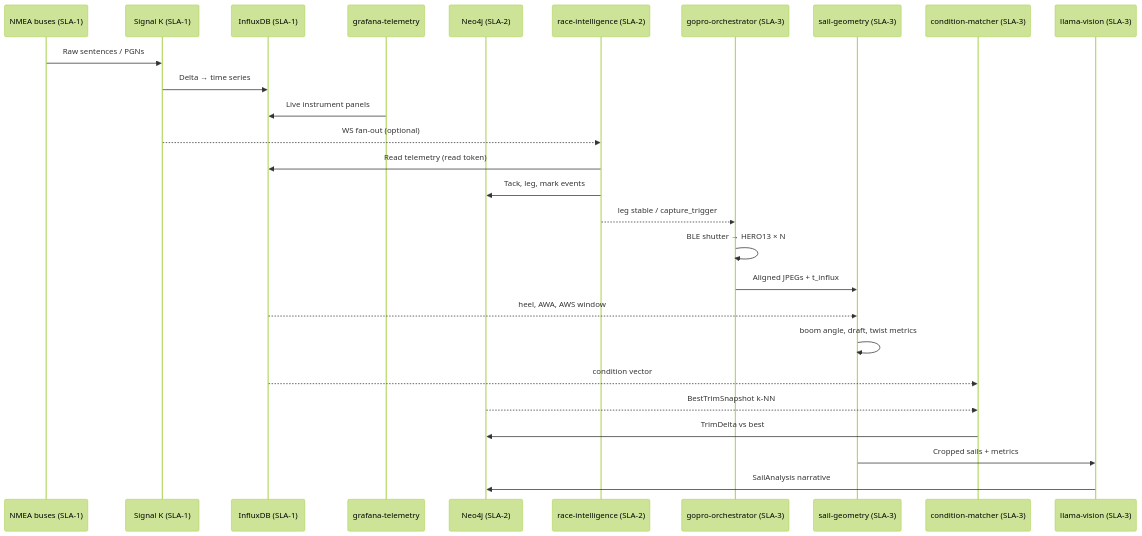
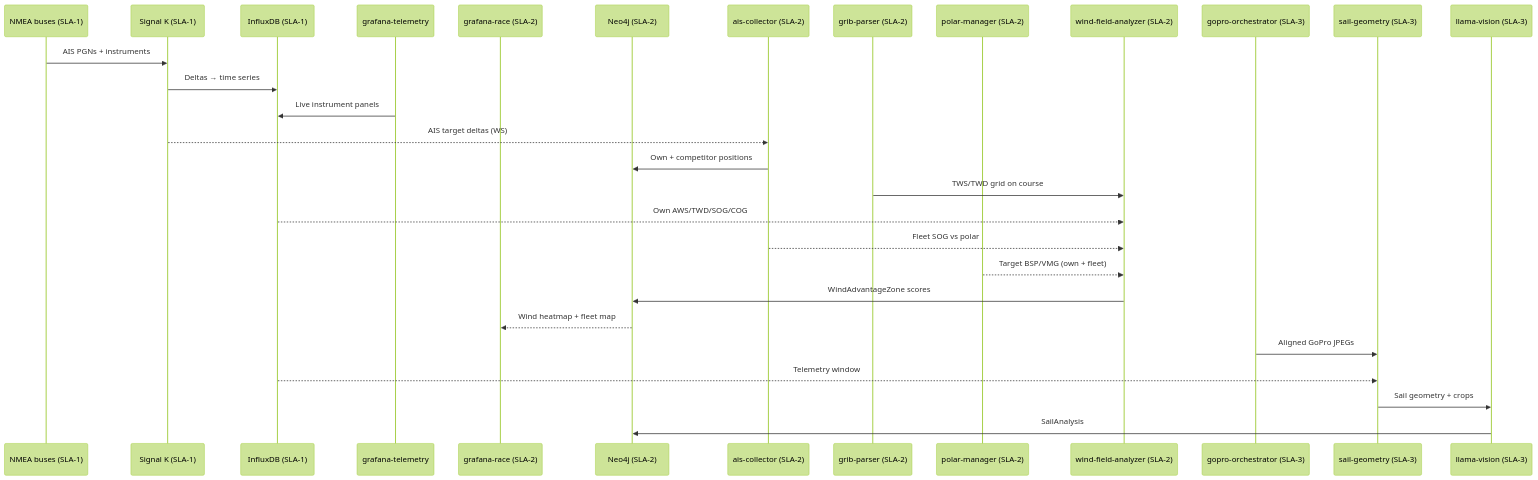
Before and after one commit to cognite-fholm/AI-sailing-system: the fifth of 14 diagrams in spec.md, drawn with Mermaid (forest theme). The commit also changed other lines of this file and 3 other files, not shown here.

First line of the commit message:
Specify GRIB ingestion, polar fleet, AIS, and wind-on-course analysis.

````diff
--- a/spec.md
+++ b/spec.md
@@ -436,32 +454,34 @@
 ```mermaid
 sequenceDiagram
     participant N2K as NMEA buses (SLA-1)
     participant SK as Signal K (SLA-1)
     participant IFX as InfluxDB (SLA-1)
     participant G1 as grafana-telemetry
+    participant G2 as grafana-race (SLA-2)
     participant N4J as Neo4j (SLA-2)
-    participant RACE as race-intelligence (SLA-2)
+    participant AIS as ais-collector (SLA-2)
+    participant GRIB as grib-parser (SLA-2)
+    participant POLAR as polar-manager (SLA-2)
+    participant WIND as wind-field-analyzer (SLA-2)
     participant GOPRO as gopro-orchestrator (SLA-3)
     participant GEO as sail-geometry (SLA-3)
-    participant MATCH as condition-matcher (SLA-3)
     participant VLLM as llama-vision (SLA-3)
 
-    N2K->>SK: Raw sentences / PGNs
-    SK->>IFX: Delta → time series
+    N2K->>SK: AIS PGNs + instruments
+    SK->>IFX: Deltas → time series
     G1->>IFX: Live instrument panels
+    SK-->>AIS: AIS target deltas (WS)
+    AIS->>N4J: Own + competitor positions
 
-    SK-->>RACE: WS fan-out (optional)
-    RACE->>IFX: Read telemetry (read token)
-    RACE->>N4J: Tack, leg, mark events
+    GRIB->>WIND: TWS/TWD grid on course
+    IFX-->>WIND: Own AWS/TWD/SOG/COG
+    AIS-->>WIND: Fleet SOG vs polar
+    POLAR-->>WIND: Target BSP/VMG (own + fleet)
+    WIND->>N4J: WindAdvantageZone scores
+    N4J-->>G2: Wind heatmap + fleet map
 
-    RACE-->>GOPRO: leg stable / capture_trigger
-    GOPRO->>GOPRO: BLE shutter → HERO13 × N
-    GOPRO->>GEO: Aligned JPEGs + t_influx
-    IFX-->>GEO: heel, AWA, AWS window
-    GEO->>GEO: boom angle, draft, twist metrics
-    IFX-->>MATCH: condition vector
-    N4J-->>MATCH: BestTrimSnapshot k-NN
-    MATCH->>N4J: TrimDelta vs best
-    GEO->>VLLM: Cropped sails + metrics
-    VLLM->>N4J: SailAnalysis narrative
+    GOPRO->>GEO: Aligned GoPro JPEGs
+    IFX-->>GEO: Telemetry window
+    GEO->>VLLM: Sail geometry + crops
+    VLLM->>N4J: SailAnalysis
 ```
````
